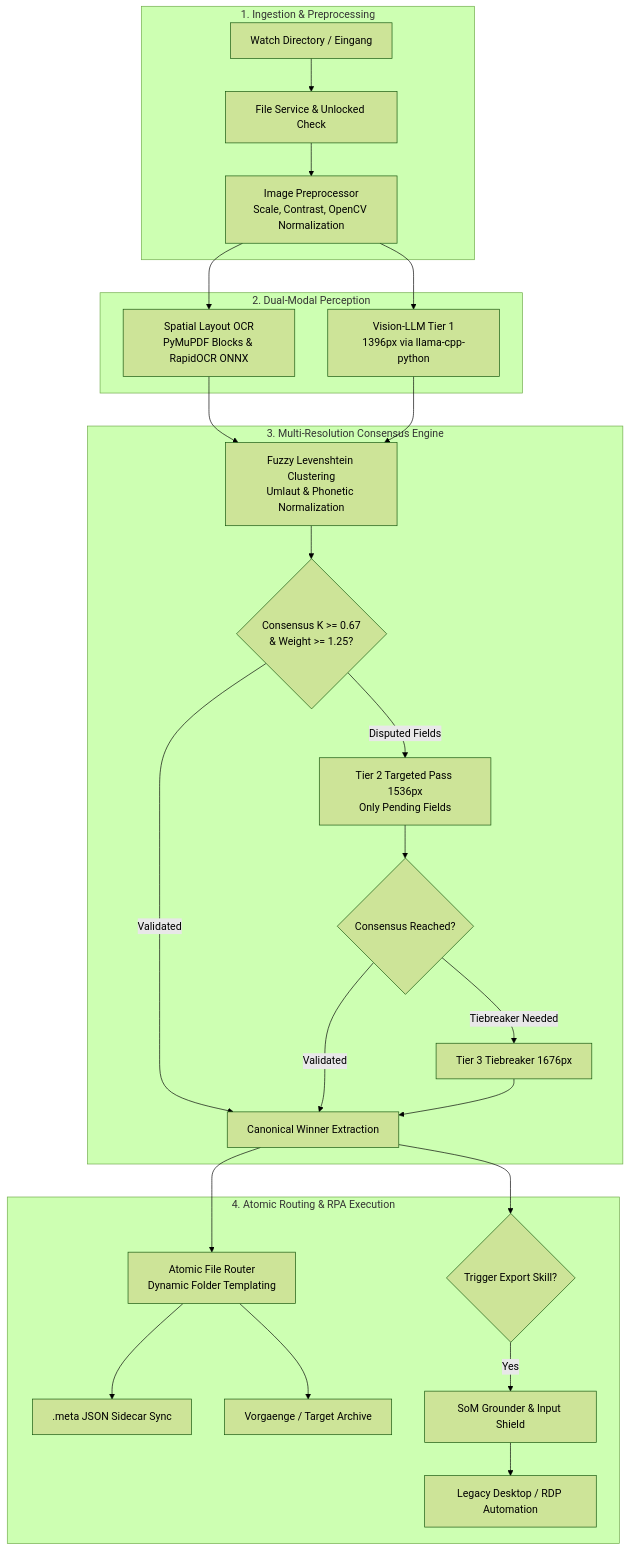
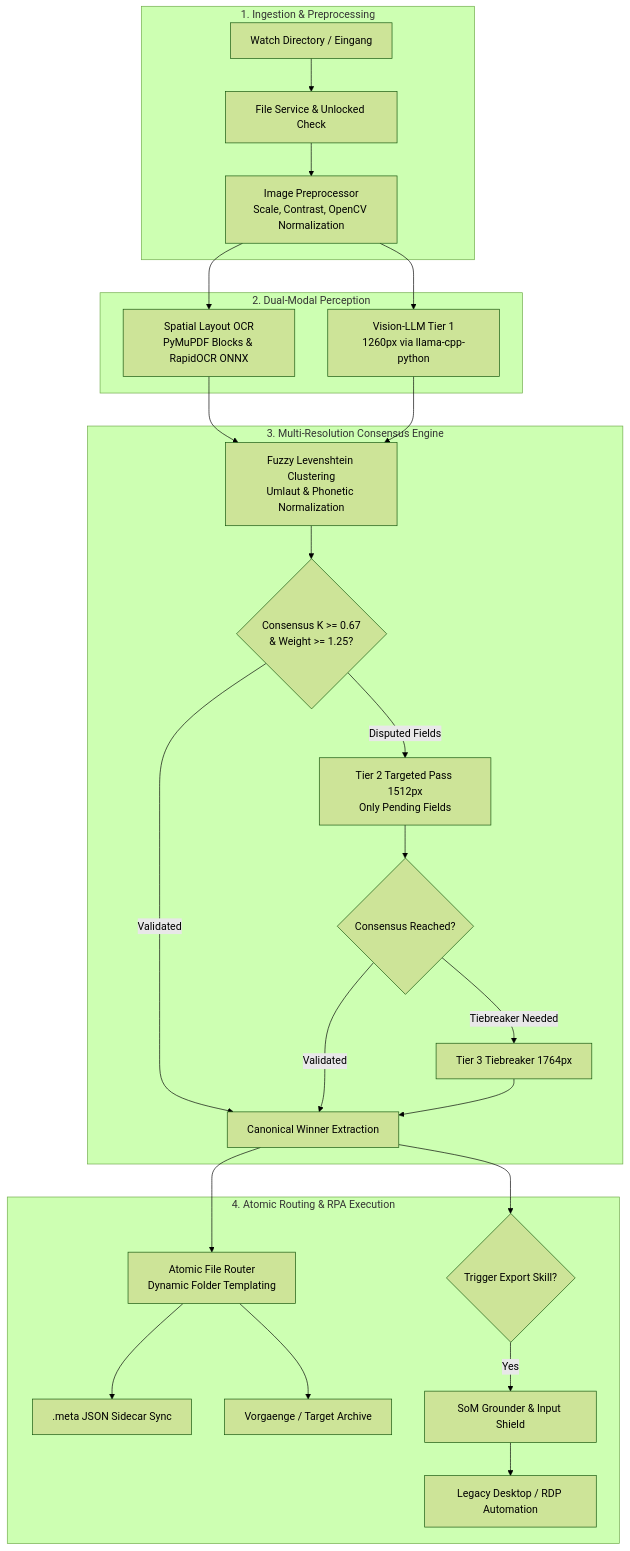
One commit to DanAzanza/OrdinFlow changed the diagram in README.md. Above: the diagram before and after it, drawn with Mermaid (forest theme). The commit also changed other lines of this file and 16 other files, not shown here.

````diff
--- a/README.md
+++ b/README.md
@@ -95,32 +95,32 @@
 ```mermaid
 flowchart TD
     subgraph INGESTION ["1. Ingestion & Preprocessing"]
         IN[Watch Directory / Eingang] --> W[File Service & Unlocked Check]
         W --> PREP[Image Preprocessor\nScale, Contrast, OpenCV Normalization]
     end
 
     subgraph DUAL_PERCEPTION ["2. Dual-Modal Perception"]
         PREP --> OCR[Spatial Layout OCR\nPyMuPDF Blocks & RapidOCR ONNX]
-        PREP --> VLM1[Vision-LLM Tier 1\n1396px via llama-cpp-python]
+        PREP --> VLM1[Vision-LLM Tier 1\n1260px via llama-cpp-python]
     end
 
     subgraph CONSENSUS ["3. Multi-Resolution Consensus Engine"]
         OCR & VLM1 --> CLUST[Fuzzy Levenshtein Clustering\nUmlaut & Phonetic Normalization]
         CLUST --> EVAL{Consensus K >= 0.67\n& Weight >= 1.25?}
-        EVAL -- Disputed Fields --> VLM2[Tier 2 Targeted Pass 1536px\nOnly Pending Fields]
+        EVAL -- Disputed Fields --> VLM2[Tier 2 Targeted Pass 1512px\nOnly Pending Fields]
         VLM2 --> EVAL2{Consensus Reached?}
-        EVAL2 -- Tiebreaker Needed --> VLM3[Tier 3 Tiebreaker 1676px]
+        EVAL2 -- Tiebreaker Needed --> VLM3[Tier 3 Tiebreaker 1764px]
         EVAL -- Validated --> WIN[Canonical Winner Extraction]
         EVAL2 -- Validated --> WIN
         VLM3 --> WIN
     end
 
     subgraph ROUTING_RPA ["4. Atomic Routing & RPA Execution"]
         WIN --> ROUTE[Atomic File Router\nDynamic Folder Templating]
         ROUTE --> SIDE[.meta JSON Sidecar Sync]
         ROUTE --> ARCHIVE[Vorgaenge / Target Archive]
         WIN --> SKILL{Trigger Export Skill?}
         SKILL -- Yes --> SOM[SoM Grounder & Input Shield]
         SOM --> RDP[Legacy Desktop / RDP Automation]
     end
 ```
````
